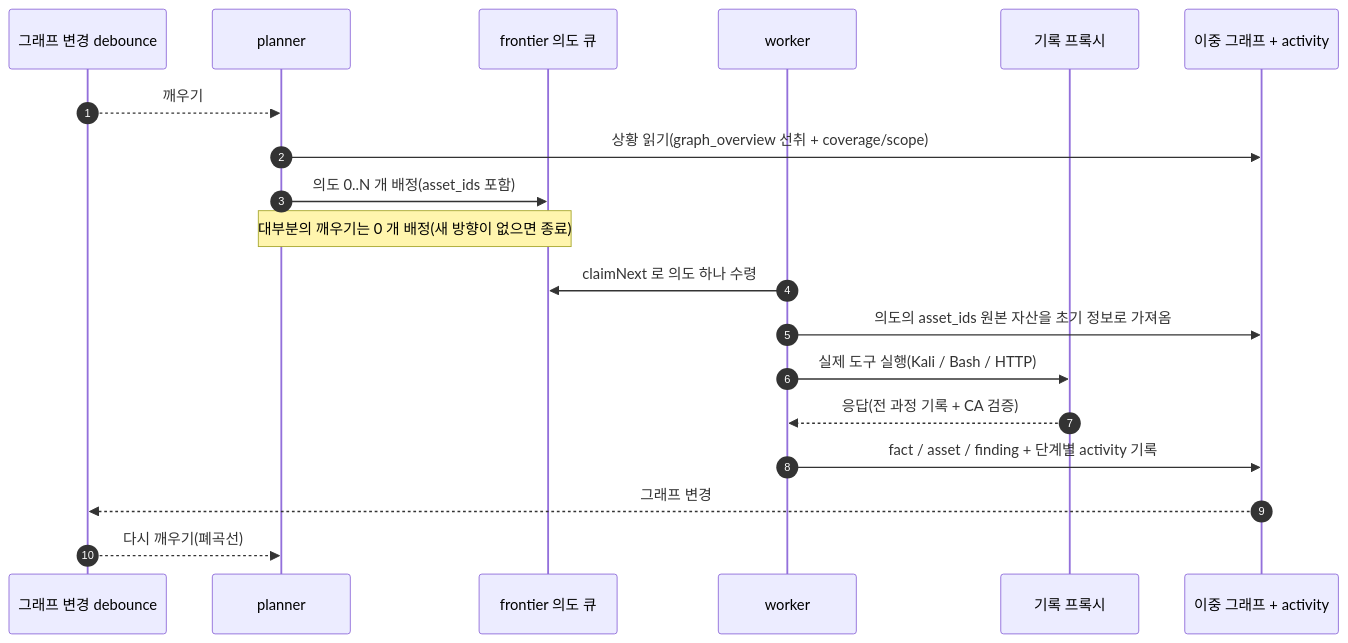
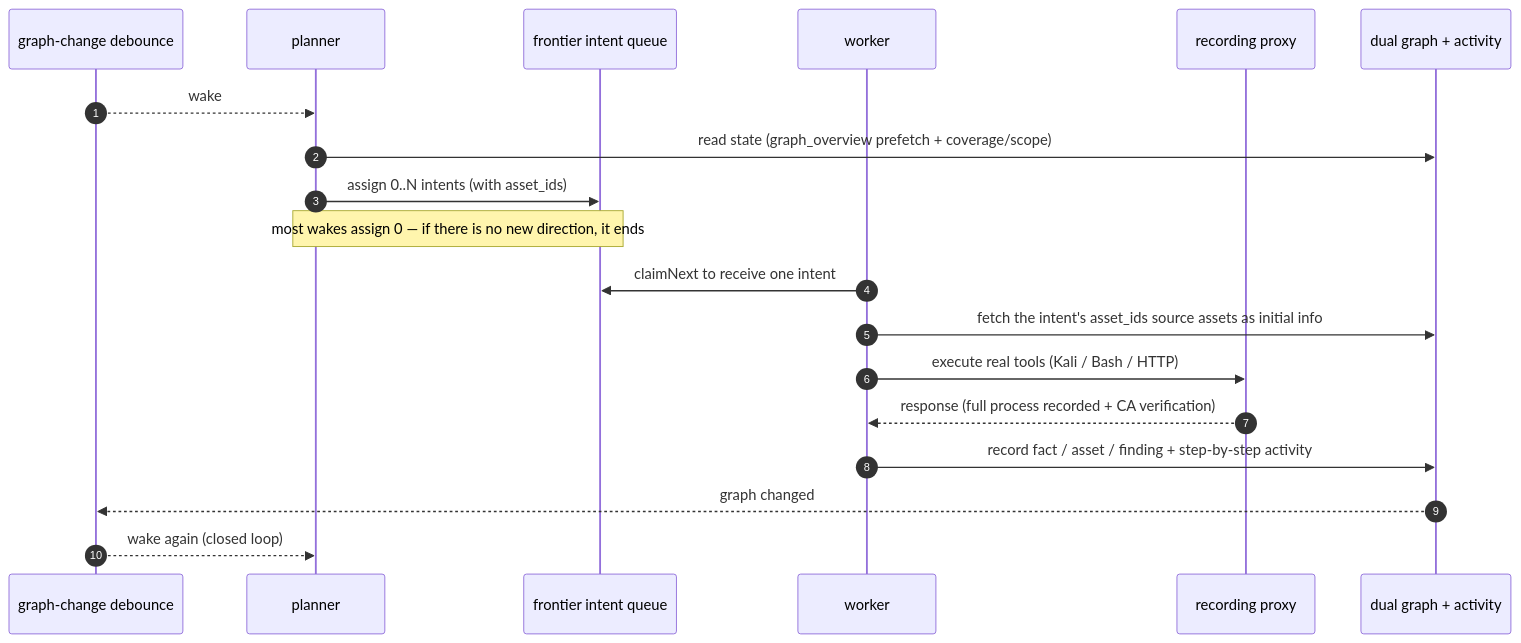
Before and after one commit to gh-agent3/artex-global: the third of 5 diagrams in README.md, drawn with Mermaid. The commit also changed other lines of this file and 44 other files, not shown here.

````diff
--- a/README.md
+++ b/README.md
@@ -281,22 +275,22 @@
 ```mermaid
 sequenceDiagram
   autonumber
-  participant EV as 그래프 변경 debounce
+  participant EV as graph-change debounce
   participant P as planner
-  participant FR as frontier 의도 큐
+  participant FR as frontier intent queue
   participant W as worker
-  participant PX as 기록 프록시
-  participant DB as 이중 그래프 + activity
+  participant PX as recording proxy
+  participant DB as dual graph + activity
 
-  EV-->>P: 깨우기
-  P->>DB: 상황 읽기(graph_overview 선취 + coverage/scope)
-  P->>FR: 의도 0..N 개 배정(asset_ids 포함)
-  Note over P,FR: 대부분의 깨우기는 0 개 배정(새 방향이 없으면 종료)
-  W->>FR: claimNext 로 의도 하나 수령
-  W->>DB: 의도의 asset_ids 원본 자산을 초기 정보로 가져옴
-  W->>PX: 실제 도구 실행(Kali / Bash / HTTP)
-  PX-->>W: 응답(전 과정 기록 + CA 검증)
-  W->>DB: fact / asset / finding + 단계별 activity 기록
-  DB-->>EV: 그래프 변경
-  EV-->>P: 다시 깨우기(폐곡선)
+  EV-->>P: wake
+  P->>DB: read state (graph_overview prefetch + coverage/scope)
+  P->>FR: assign 0..N intents (with asset_ids)
+  Note over P,FR: most wakes assign 0 — if there is no new direction, it ends
+  W->>FR: claimNext to receive one intent
+  W->>DB: fetch the intent's asset_ids source assets as initial info
+  W->>PX: execute real tools (Kali / Bash / HTTP)
+  PX-->>W: response (full process recorded + CA verification)
+  W->>DB: record fact / asset / finding + step-by-step activity
+  DB-->>EV: graph changed
+  EV-->>P: wake again (closed loop)
 ```
````
